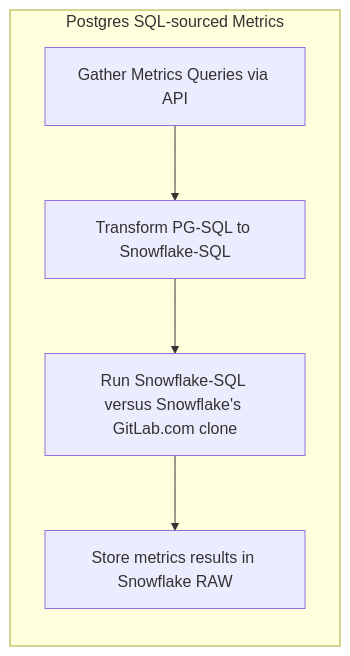
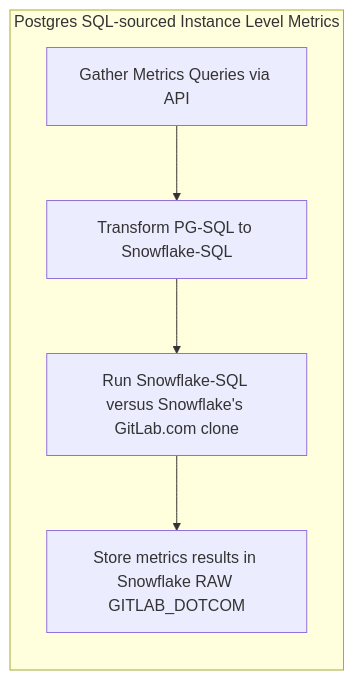
Before and after one commit to secretstartups/handbook: the first of 3 diagrams in business-technology/data-team/data-catalog/saas-service-ping-automation/index.html.md, drawn with Mermaid. The commit also changed other lines of this file, not shown here.

````diff
--- a/business-technology/data-team/data-catalog/saas-service-ping-automation/index.html.md
+++ b/business-technology/data-team/data-catalog/saas-service-ping-automation/index.html.md
@@ -73,8 +73,8 @@
 ```mermaid
 graph LR
-subgraph Postgres SQL-sourced Metrics
+subgraph Postgres SQL-sourced Instance Level Metrics
 B[Gather Metrics Queries via API] --> C[Transform PG-SQL to Snowflake-SQL]
 C --> D[Run Snowflake-SQL versus Snowflake's GitLab.com clone]
-D --> E[Store metrics results in Snowflake RAW]
+D --> E[Store metrics results in Snowflake RAW GITLAB_DOTCOM]
 end
 ```
````
